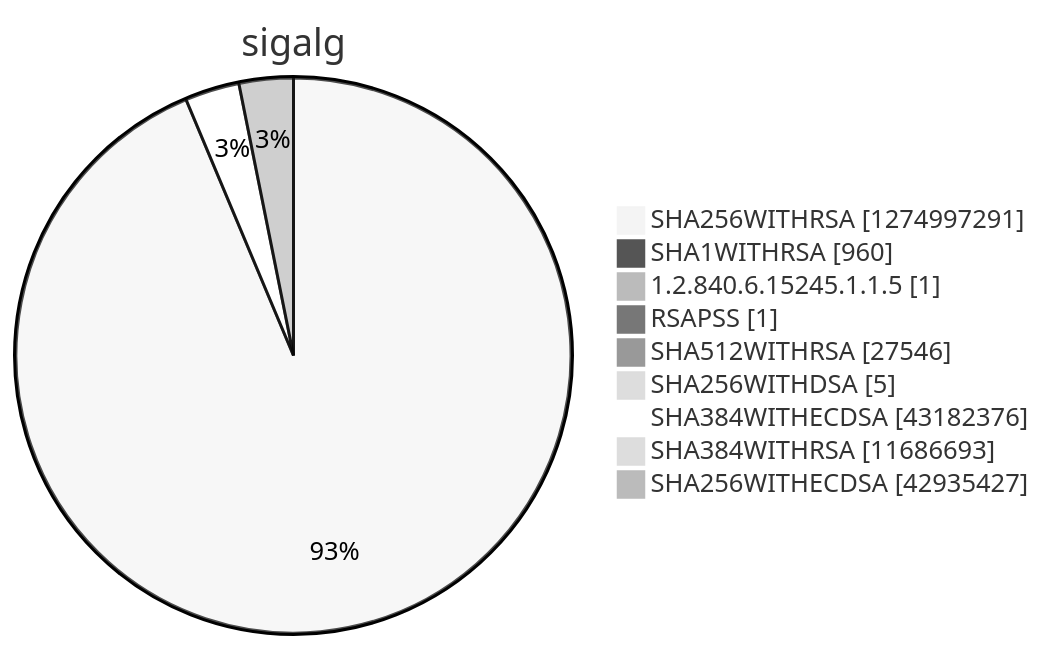
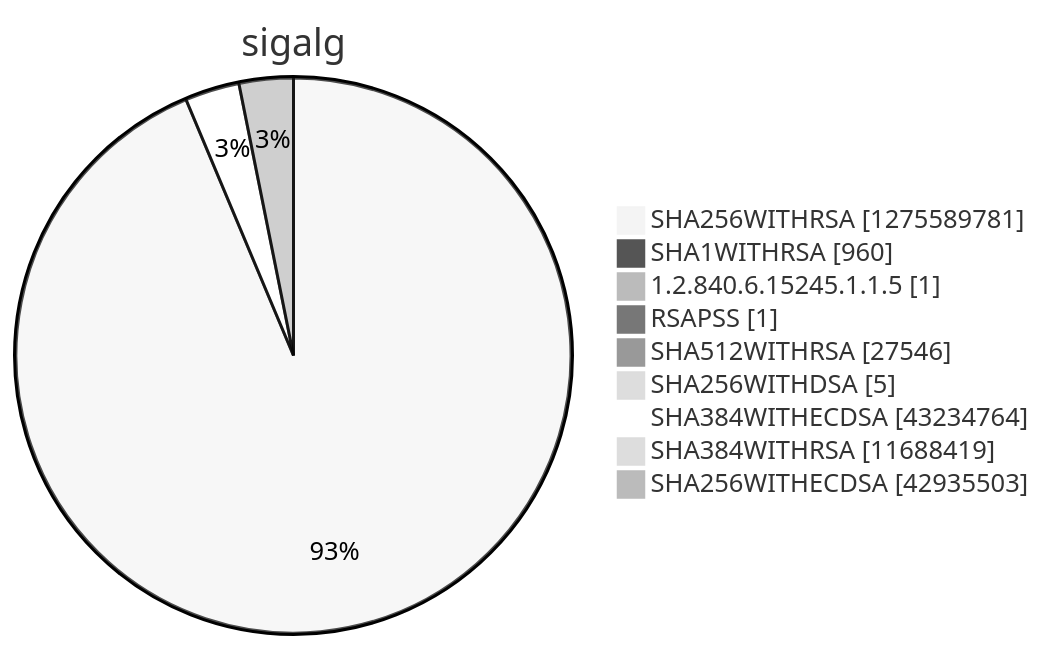
Before and after one commit to christiankrug/ctmonitor_visualization: diagram 15 of 15 in argon2022/README.md, drawn with Mermaid (neutral theme). The commit also changed other lines of this file, not shown here.

````diff
--- a/argon2022/README.md
+++ b/argon2022/README.md
@@ -5522,13 +5522,13 @@
 ```mermaid
 pie showData
 title sigalg
-"SHA256WITHRSA" :1274997291
+"SHA256WITHRSA" :1275589781
 "SHA1WITHRSA" :960
 "1.2.840.6.15245.1.1.5" :1
 "RSAPSS" :1
 "SHA512WITHRSA" :27546
 "SHA256WITHDSA" :5
-"SHA384WITHECDSA" :43182376
-"SHA384WITHRSA" :11686693
-"SHA256WITHECDSA" :42935427
+"SHA384WITHECDSA" :43234764
+"SHA384WITHRSA" :11688419
+"SHA256WITHECDSA" :42935503
 ```
````
